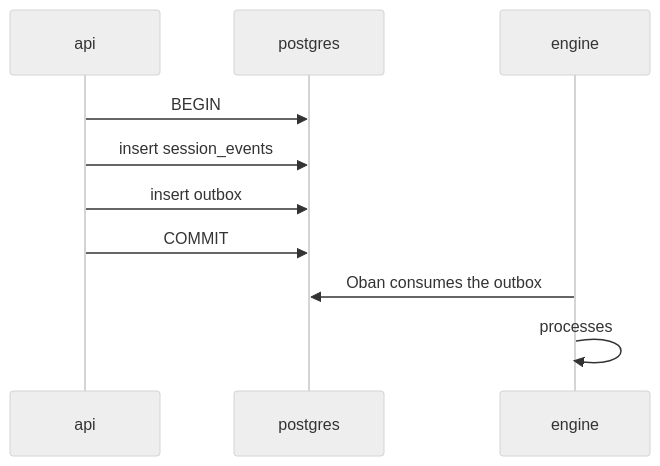
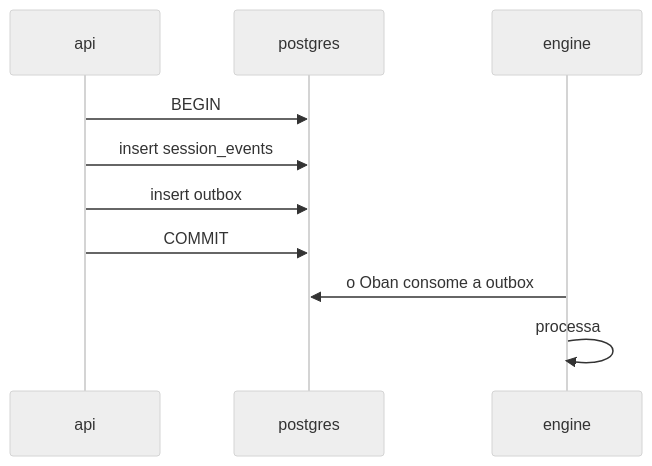
The diagram in docs/reference/events.md (daneiel/brabo), drawn with Mermaid (neutral theme) before and after one commit. The commit also changed other lines of this file and 2 other files, not shown here.

````diff
--- a/docs/reference/events.md
+++ b/docs/reference/events.md
@@ -393,13 +388,13 @@
 ```mermaid
 sequenceDiagram
   participant A as api
   participant P as postgres
   participant E as engine
 
   A->>P: BEGIN
   A->>P: insert session_events
   A->>P: insert outbox
   A->>P: COMMIT
-  E->>P: Oban consumes the outbox
-  E->>E: processes
+  E->>P: o Oban consome a outbox
+  E->>E: processa
 ```
````
